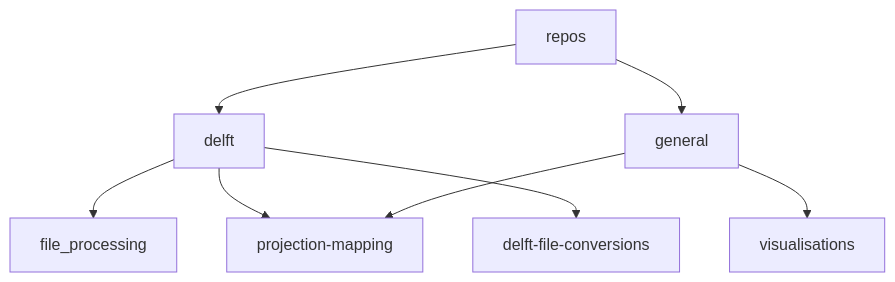
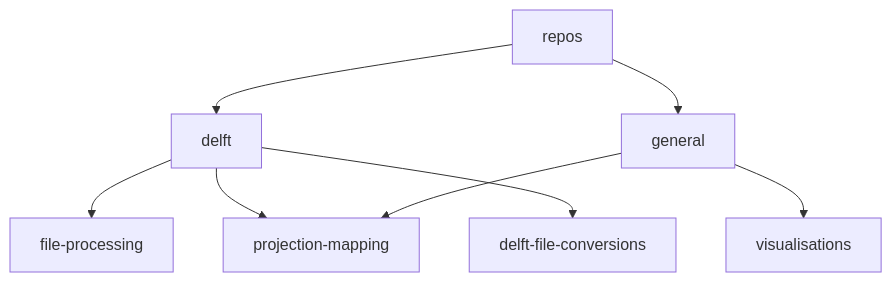
One commit to Anchor-Environmental/.github changed the diagram in README.md. Above: the diagram before and after it, drawn with Mermaid.

````diff
--- a/README.md
+++ b/README.md
@@ -38,12 +38,12 @@
 ```mermaid
 
 graph TD
   A[repos]-->B[delft]
-  B[delft]-->C[file_processing]
+  B[delft]-->C[file-processing]
   B-->D[projection-mapping]
   B-->E[delft-file-conversions]
   A-->F[general]
   F-->G[visualisations]
   F-->D[projection-mapping]
 
 ```
````
